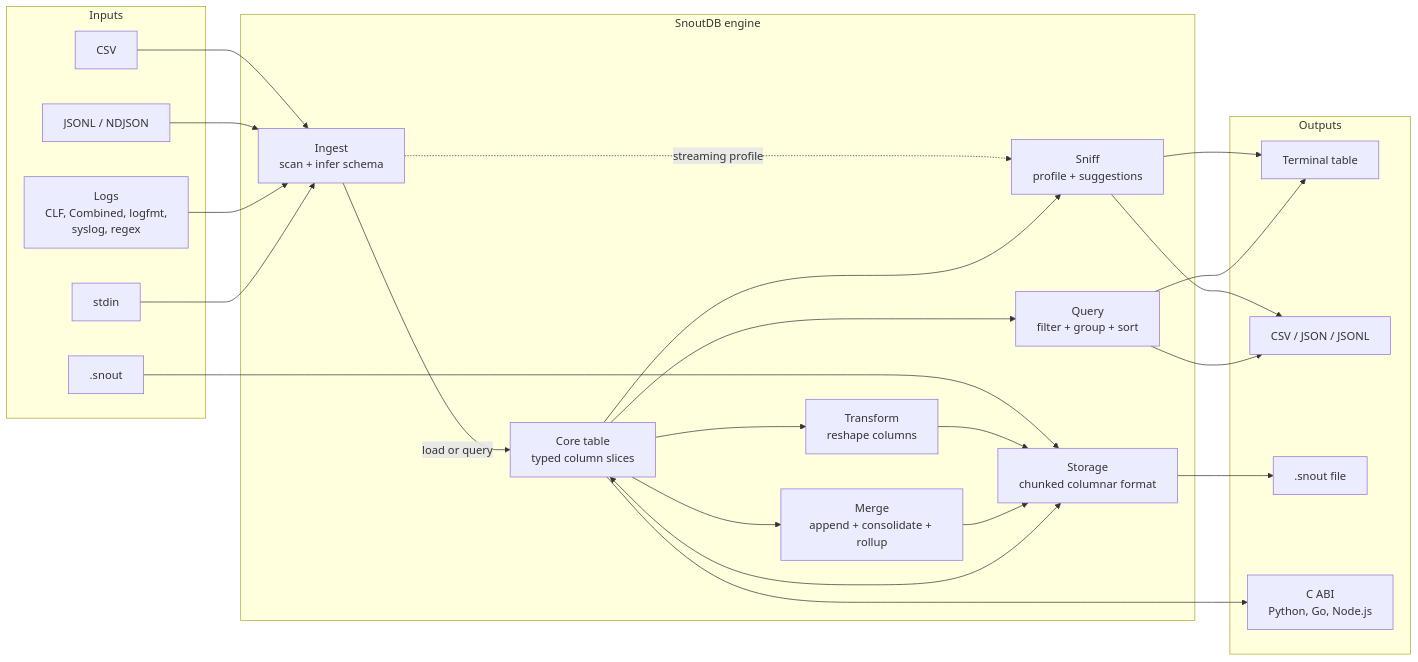
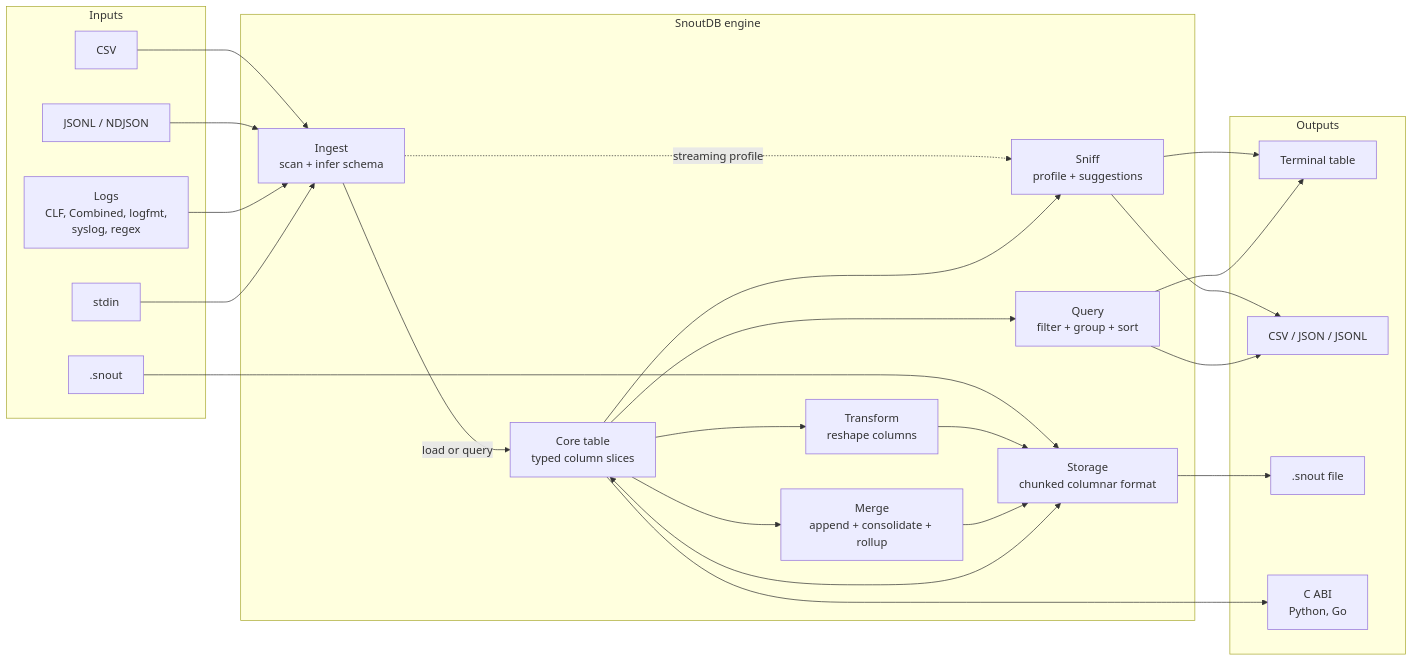
One commit to jacovinus/snoutdb changed the first of 4 diagrams in README.md. Above: the diagram before and after it, drawn with Mermaid. The commit also changed other lines of this file and 11 other files, not shown here.

````diff
--- a/README.md
+++ b/README.md
@@ -65,48 +65,48 @@
 ```mermaid
 flowchart LR
     subgraph Inputs
         CSV["CSV"]
         JSONL["JSONL / NDJSON"]
         LOG["Logs<br/>CLF, Combined, logfmt,<br/>syslog, regex"]
         SNOUT[".snout"]
         STDIN["stdin"]
     end
 
     subgraph Engine["SnoutDB engine"]
         INGEST["Ingest<br/>scan + infer schema"]
         CORE["Core table<br/>typed column slices"]
         SNIFF["Sniff<br/>profile + suggestions"]
         QUERY["Query<br/>filter + group + sort"]
         TRANSFORM["Transform<br/>reshape columns"]
         MERGE["Merge<br/>append + consolidate + rollup"]
         STORAGE["Storage<br/>chunked columnar format"]
     end
 
     subgraph Outputs
         TERMINAL["Terminal table"]
         DATA["CSV / JSON / JSONL"]
         FILE[".snout file"]
-        ABI["C ABI<br/>Python, Go, Node.js"]
+        ABI["C ABI<br/>Python, Go"]
     end
 
     CSV --> INGEST
     JSONL --> INGEST
     LOG --> INGEST
     STDIN --> INGEST
     SNOUT --> STORAGE
     INGEST -->|"load or query"| CORE
     INGEST -.->|"streaming profile"| SNIFF
     STORAGE <--> CORE
     CORE --> SNIFF
     CORE --> QUERY
     CORE --> TRANSFORM
     CORE --> MERGE
     TRANSFORM --> STORAGE
     MERGE --> STORAGE
     SNIFF --> TERMINAL
     SNIFF --> DATA
     QUERY --> TERMINAL
     QUERY --> DATA
     STORAGE --> FILE
     CORE --> ABI
 ```
````
